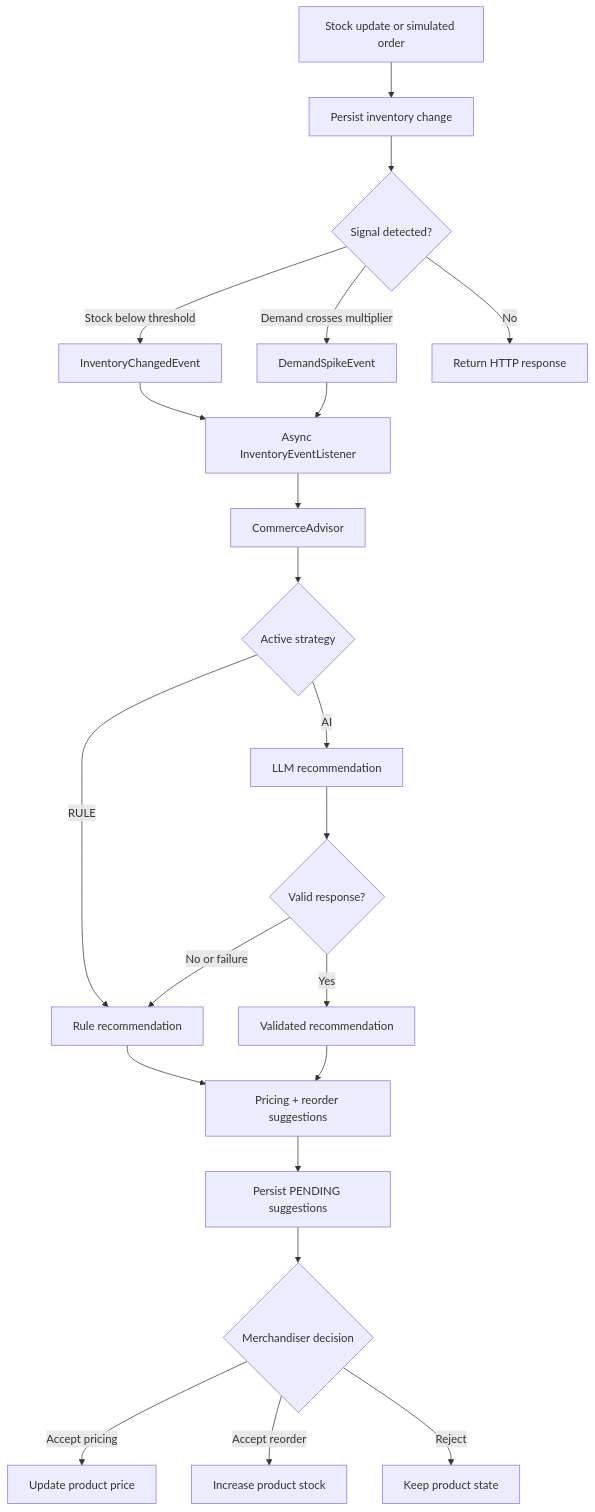
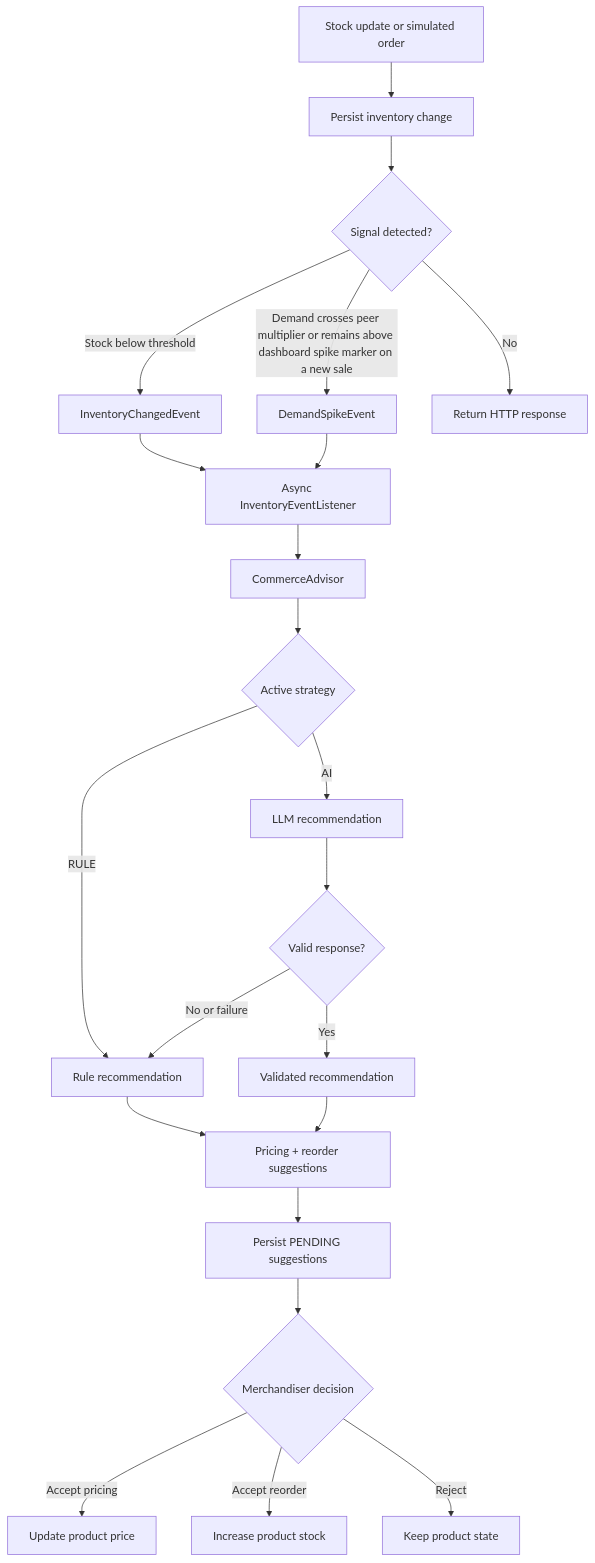
The second of 2 diagrams in README.md (SamarthChaugule1228/Stock-Pulse), drawn with Mermaid before and after one commit. The commit also changed other lines of this file and 22 other files, not shown here.

````diff
--- a/README.md
+++ b/README.md
@@ -69,24 +69,24 @@
 ```mermaid
 flowchart TD
     A[Stock update or simulated order] --> B[Persist inventory change]
     B --> C{Signal detected?}
     C -->|Stock below threshold| D[InventoryChangedEvent]
-    C -->|Demand crosses multiplier| E[DemandSpikeEvent]
+    C -->|Demand crosses peer multiplier or remains above dashboard spike marker on a new sale| E[DemandSpikeEvent]
     C -->|No| F[Return HTTP response]
     D --> G[Async InventoryEventListener]
     E --> G
     G --> H[CommerceAdvisor]
     H --> I{Active strategy}
     I -->|RULE| J[Rule recommendation]
     I -->|AI| K[LLM recommendation]
     K --> L{Valid response?}
     L -->|No or failure| J
     L -->|Yes| M[Validated recommendation]
     J --> N[Pricing + reorder suggestions]
     M --> N
     N --> O[Persist PENDING suggestions]
     O --> P{Merchandiser decision}
     P -->|Accept pricing| Q[Update product price]
     P -->|Accept reorder| R[Increase product stock]
     P -->|Reject| S[Keep product state]
 ```
````
